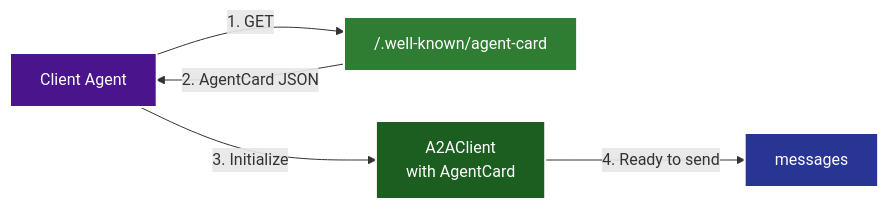
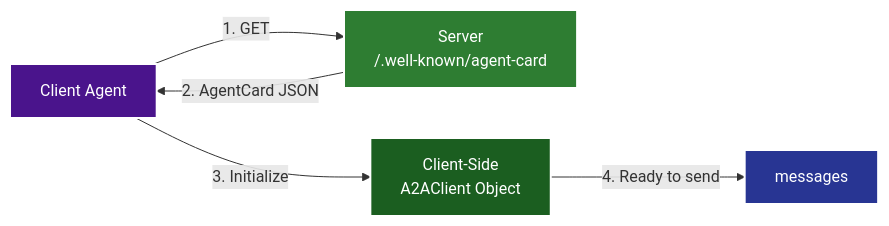
The second of 11 diagrams in 15_A2A_LangGraph/CLIENT_SERVER_INTERACTION.md (anilsharmay/AI-Engineering-Bootcamp), drawn with Mermaid before and after one commit.

Commit message:
Clarify client vs server in A2A Protocol Discovery Flow diagram
- Rename WELLKNOWN to SERVER to clearly indicate server endpoint
- Update A2AClient label to 'Client-Side A2AClient Object' for clarity
- Makes it clear that A2AClient is a client-side object, not the server

````diff
--- a/15_A2A_LangGraph/CLIENT_SERVER_INTERACTION.md
+++ b/15_A2A_LangGraph/CLIENT_SERVER_INTERACTION.md
@@ -29,12 +29,12 @@
 ```mermaid
 graph LR
-    CLIENT[Client Agent] -->|1. GET| WELLKNOWN["/.well-known/agent-card"]
-    WELLKNOWN -->|2. AgentCard JSON| CLIENT
-    CLIENT -->|3. Initialize| A2ACLIENT["A2AClient<br/>with AgentCard"]
+    CLIENT[Client Agent] -->|1. GET| SERVER["Server<br/>/.well-known/agent-card"]
+    SERVER -->|2. AgentCard JSON| CLIENT
+    CLIENT -->|3. Initialize| A2ACLIENT["Client-Side<br/>A2AClient Object"]
     A2ACLIENT -->|4. Ready to send| MESSAGES[messages]
 
     style CLIENT fill:#4a148c,stroke:#ffffff,stroke-width:2px,color:#ffffff
-    style WELLKNOWN fill:#2e7d32,stroke:#ffffff,stroke-width:2px,color:#ffffff
+    style SERVER fill:#2e7d32,stroke:#ffffff,stroke-width:2px,color:#ffffff
     style A2ACLIENT fill:#1b5e20,stroke:#ffffff,stroke-width:2px,color:#ffffff
     style MESSAGES fill:#283593,stroke:#ffffff,stroke-width:2px,color:#ffffff
 ```
````
